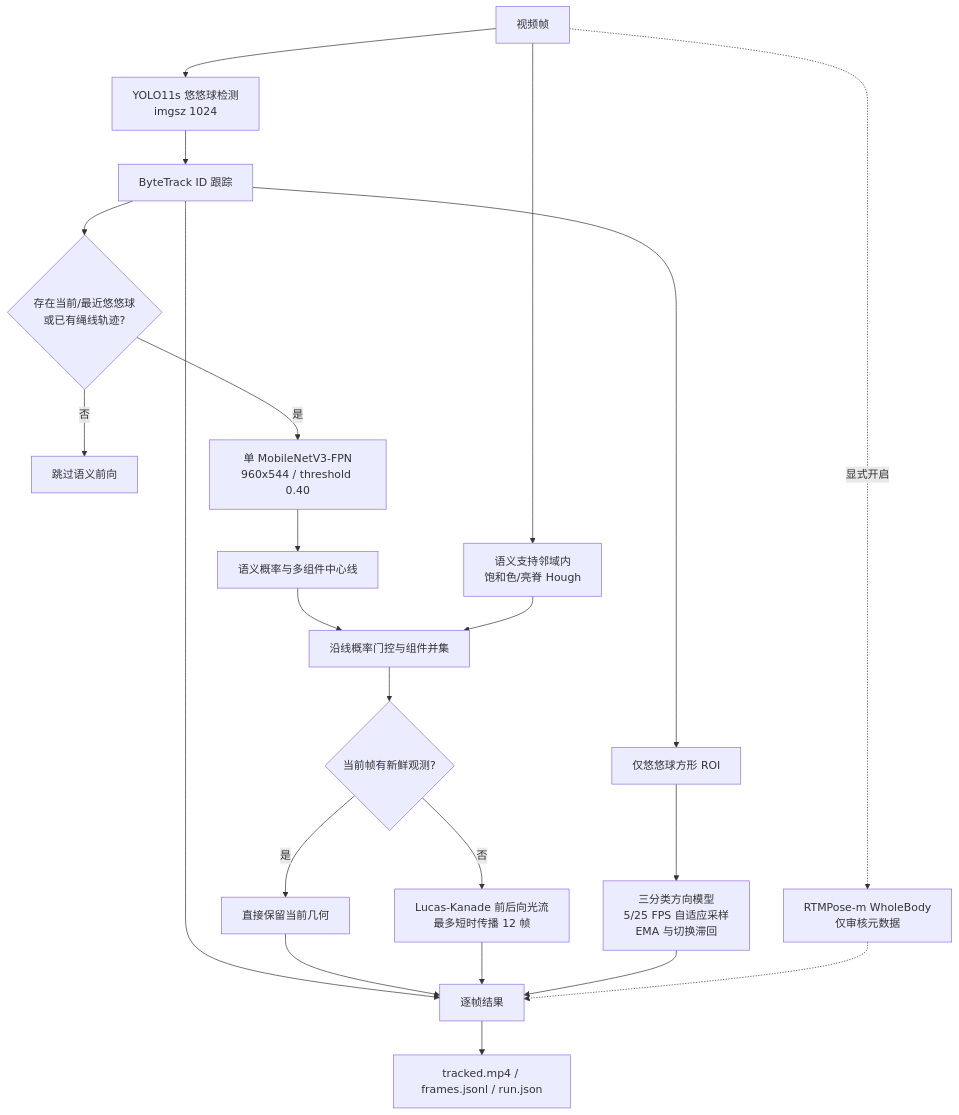
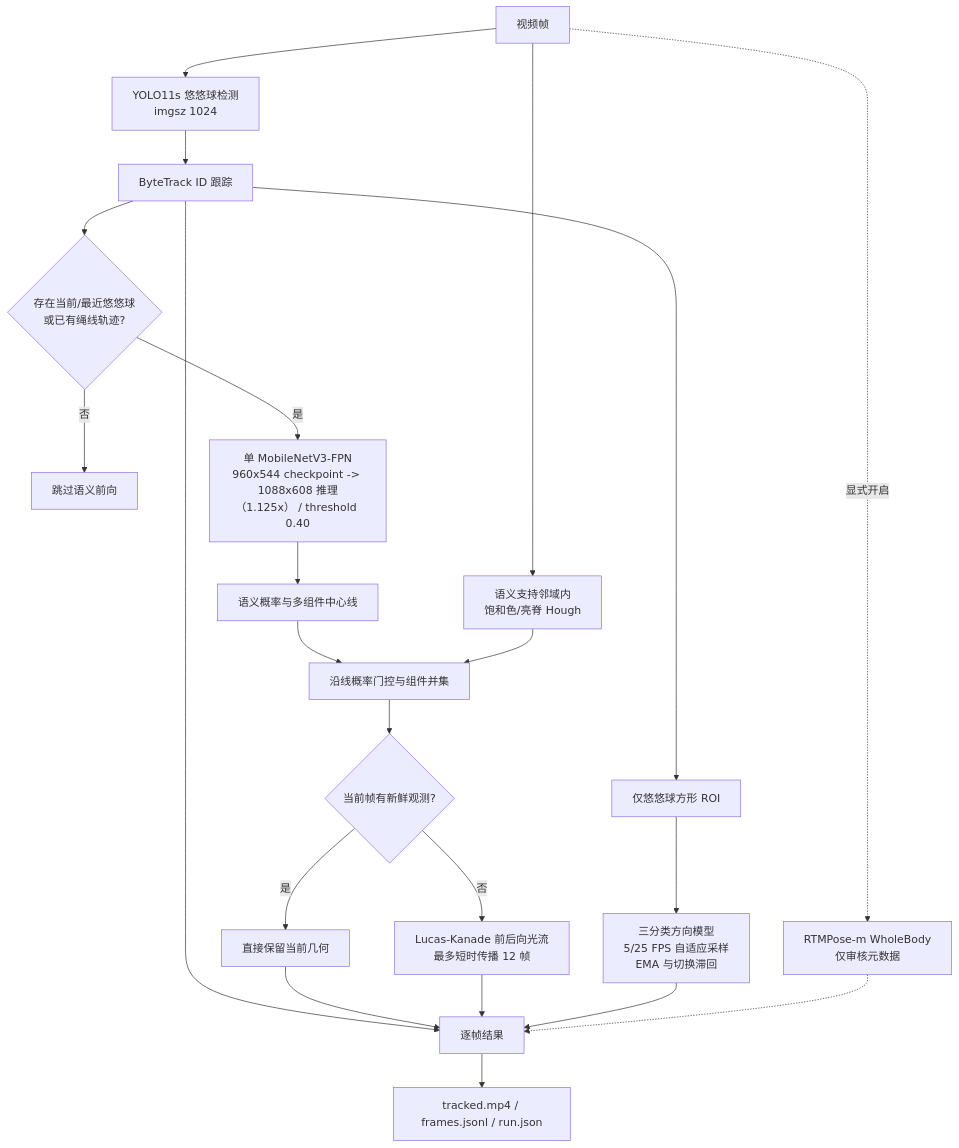
One commit to EvannZhongg/YoYo-Model changed the diagram in reports/architecture_pipeline.md. Above: the diagram before and after it, drawn with Mermaid. The commit also changed 7 other files, not shown here.

````diff
--- a/reports/architecture_pipeline.md
+++ b/reports/architecture_pipeline.md
@@ -5,28 +5,28 @@
 ```mermaid
 flowchart TD
     A[视频帧] --> B[YOLO11s 悠悠球检测<br/>imgsz 1024]
     B --> C[ByteTrack ID 跟踪]
 
     C --> D{存在当前/最近悠悠球<br/>或已有绳线轨迹?}
     D -->|否| E[跳过语义前向]
-    D -->|是| F[单 MobileNetV3-FPN<br/>960x544 / threshold 0.40]
+    D -->|是| F[单 MobileNetV3-FPN<br/>960x544 checkpoint -> 1088x608 推理（1.125x） / threshold 0.40]
     F --> G[语义概率与多组件中心线]
     A --> H[语义支持邻域内<br/>饱和色/亮脊 Hough]
     G --> I[沿线概率门控与组件并集]
     H --> I
 
     I --> J{当前帧有新鲜观测?}
     J -->|是| K[直接保留当前几何]
     J -->|否| L[Lucas-Kanade 前后向光流<br/>最多短时传播 12 帧]
 
     C --> M[仅悠悠球方形 ROI]
     M --> N[三分类方向模型<br/>5/25 FPS 自适应采样<br/>EMA 与切换滞回]
     A -. 显式开启 .-> O[RTMPose-m WholeBody<br/>仅审核元数据]
 
     C --> P[逐帧结果]
     K --> P
     L --> P
     N --> P
     O -.-> P
     P --> Q[tracked.mp4 / frames.jsonl / run.json]
 ```
````
